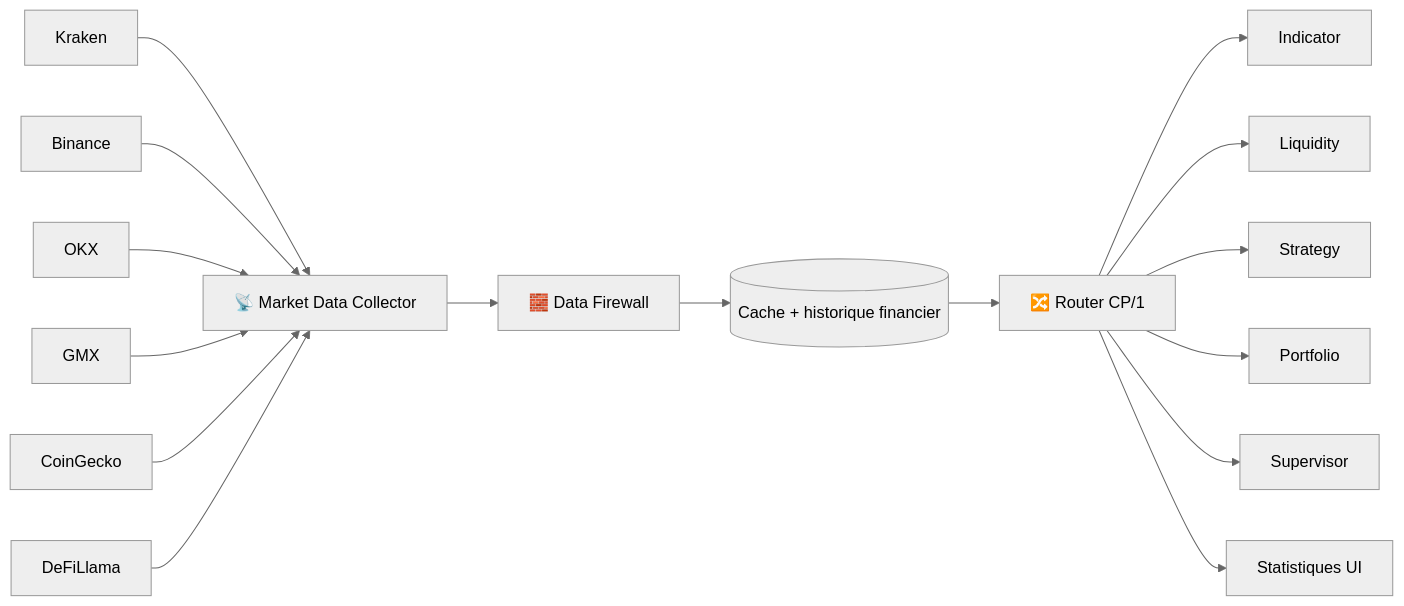
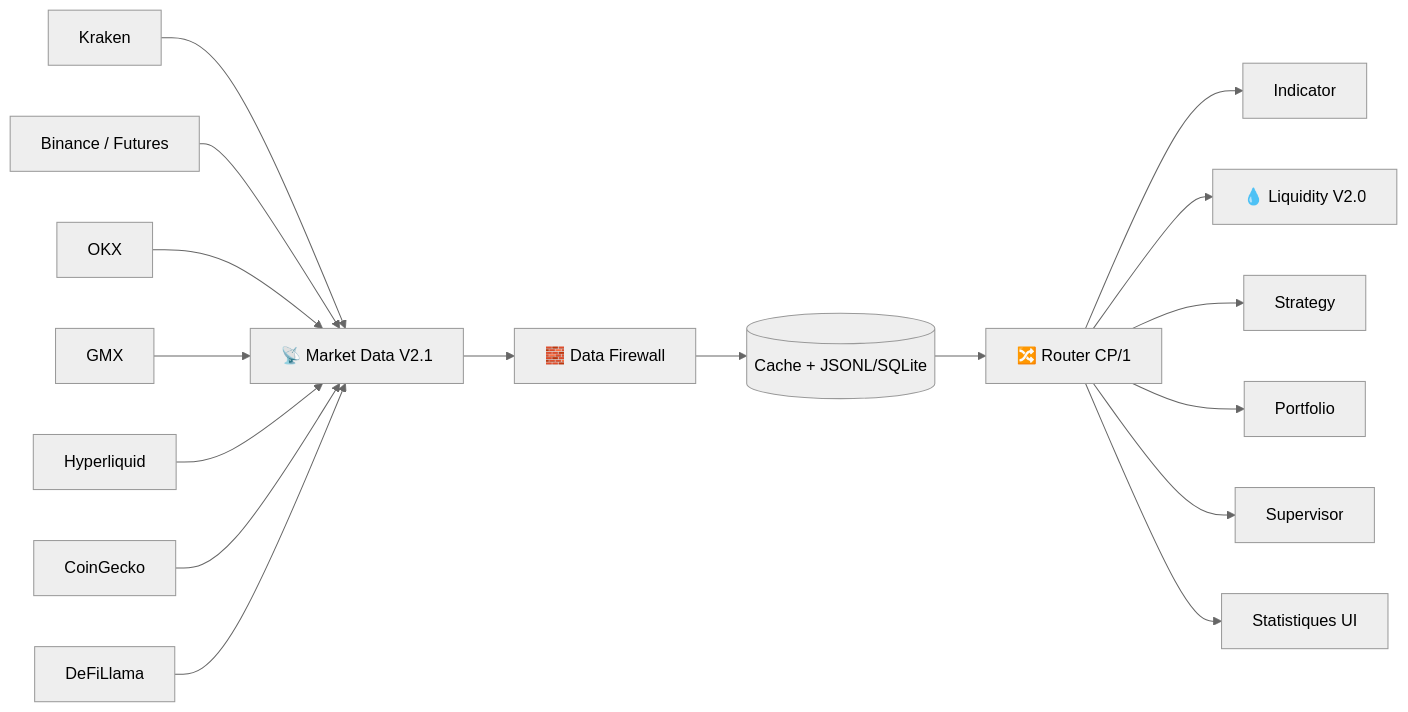
Before and after one commit to florian74410/IA-Trading-Bot: the second of 3 diagrams in docs/wiki/Architecture.md, drawn with Mermaid (neutral theme). The commit also changed other lines of this file, not shown here.

Commit message:
docs(wiki): align architecture with firewall-before-cache liquidity path

````diff
--- a/docs/wiki/Architecture.md
+++ b/docs/wiki/Architecture.md
@@ -85,18 +85,19 @@
 ```mermaid
 flowchart LR
-  K[Kraken] --> MDC[📡 Market Data Collector]
-  B[Binance] --> MDC
+  K[Kraken] --> MDC[📡 Market Data V2.1]
+  B[Binance / Futures] --> MDC
   O[OKX] --> MDC
   G[GMX] --> MDC
+  H[Hyperliquid] --> MDC
   CG[CoinGecko] --> MDC
   DL[DeFiLlama] --> MDC
   MDC --> DF[🧱 Data Firewall]
-  DF --> STORE[(Cache + historique financier)]
+  DF --> STORE[(Cache + JSONL/SQLite)]
   STORE --> R[🔀 Router CP/1]
   R --> I[Indicator]
-  R --> L[Liquidity]
+  R --> L[💧 Liquidity V2.0]
   R --> S[Strategy]
   R --> P[Portfolio]
   R --> A[Supervisor]
   R --> ST[Statistiques UI]
 ```
````
